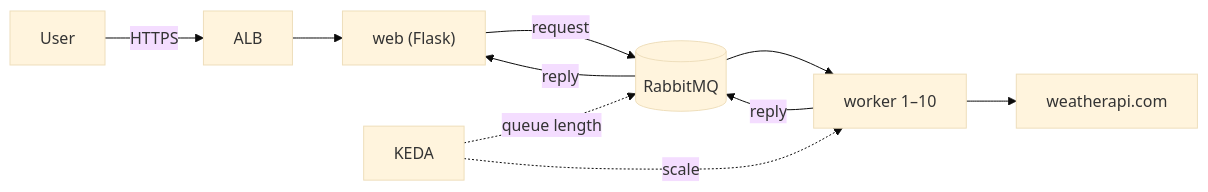
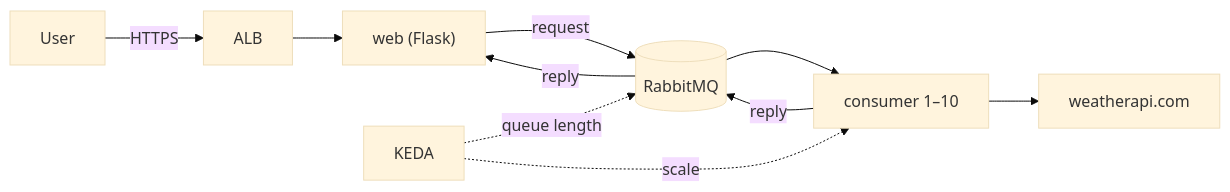
Before and after one commit to TomerBahar22/Elisra_home_task: the diagram in README.md, drawn with Mermaid (base theme). The commit also changed other lines of this file and 2 other files, not shown here.

Commit message:
rename weather-worker to weather-consumer

````diff
--- a/README.md
+++ b/README.md
@@ -42,11 +42,11 @@
 ```mermaid
 flowchart LR
     user[User] -- HTTPS --> alb[ALB]
     alb --> web["web (Flask)"]
     web -- request --> q[("RabbitMQ")]
-    q --> worker["worker 1–10"]
-    worker --> api[weatherapi.com]
-    worker -- reply --> q -- reply --> web
+    q --> consumer["consumer 1–10"]
+    consumer --> api[weatherapi.com]
+    consumer -- reply --> q -- reply --> web
     keda[KEDA] -. queue length .-> q
-    keda -. scale .-> worker
+    keda -. scale .-> consumer
 ```
````
